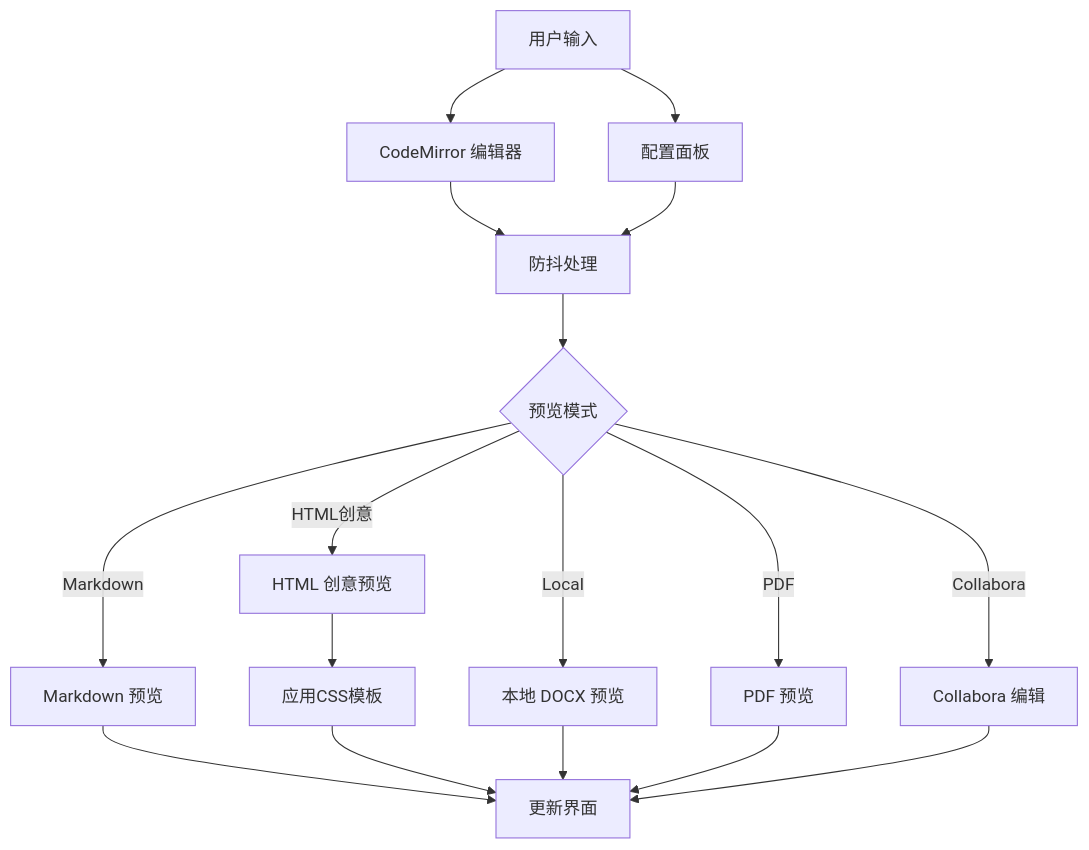
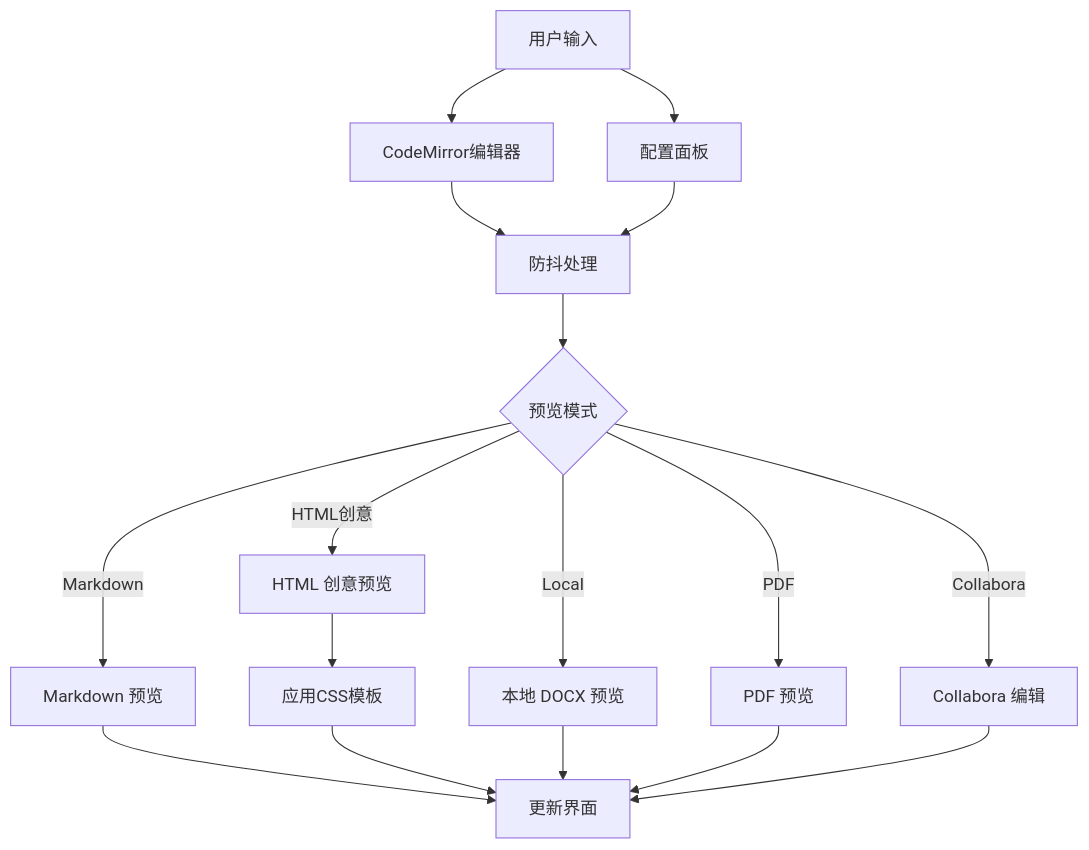
One commit to wanwushelie/markdown-to-word-studio changed the tenth of 12 diagrams in .lingma/repowiki/zh/content/用户指南/前端界面现代化.md. Above: the diagram before and after it, drawn with Mermaid. The commit also changed other lines of this file and 21 other files, not shown here.

````diff
--- a/.lingma/repowiki/zh/content/用户指南/前端界面现代化.md
+++ b/.lingma/repowiki/zh/content/用户指南/前端界面现代化.md
@@ -862,19 +631,19 @@
 ```mermaid
 flowchart TD
-UserInput[用户输入] --> CodeMirror[CodeMirror 编辑器]
+UserInput[用户输入] --> CodeMirror[CodeMirror编辑器]
 UserInput --> ConfigPanel[配置面板]
 CodeMirror --> Debounce[防抖处理]
 ConfigPanel --> Debounce
 Debounce --> PreviewMode{预览模式}
 PreviewMode --> |Markdown| MarkdownPreview[Markdown 预览]
 PreviewMode --> |HTML创意| HTMLCreative[HTML 创意预览]
 PreviewMode --> |Local| LocalPreview[本地 DOCX 预览]
 PreviewMode --> |PDF| PDFPreview[PDF 预览]
 PreviewMode --> |Collabora| CollaboraPreview[Collabora 编辑]
 MarkdownPreview --> UpdateUI[更新界面]
 HTMLCreative --> TemplateApply[应用CSS模板]
 TemplateApply --> UpdateUI
 LocalPreview --> UpdateUI
 PDFPreview --> UpdateUI
 CollaboraPreview --> UpdateUI
 ```
````
